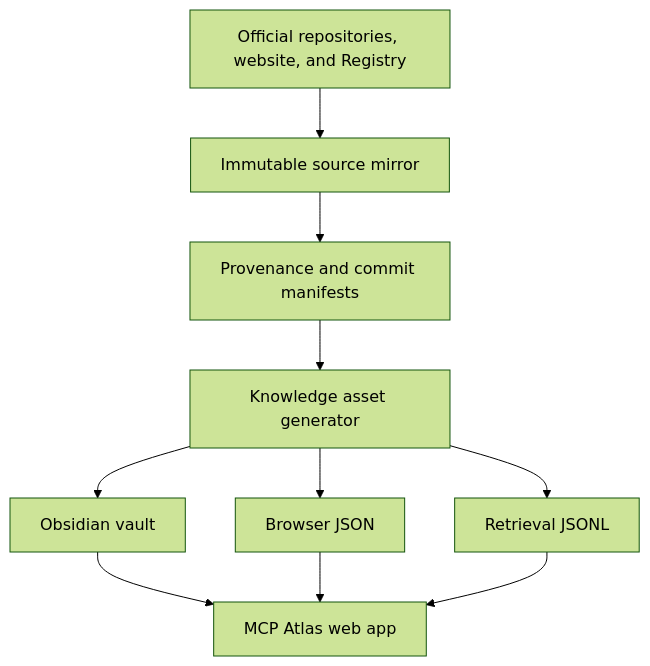
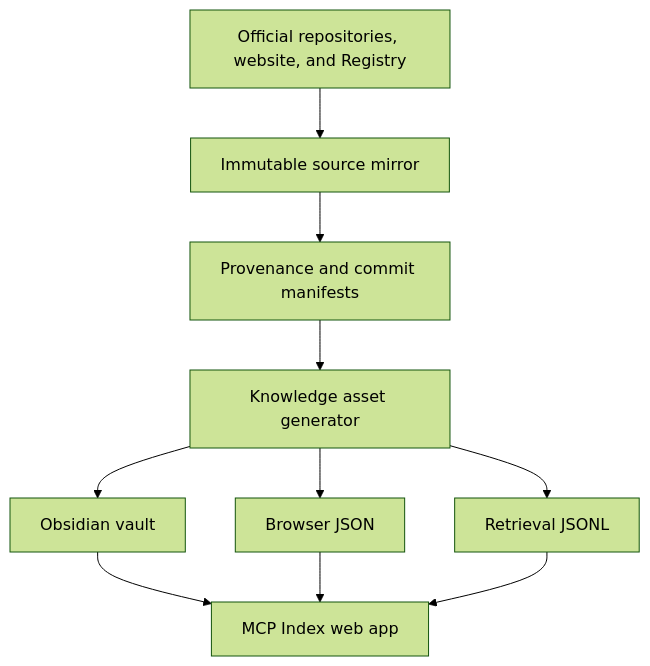
The first of 3 diagrams in docs/ARCHITECTURE.md (SawabS/mcp-atlas), drawn with Mermaid (forest theme) before and after one commit. The commit also changed other lines of this file and 33 other files, not shown here.

Commit message:
fixing the chat flow display

````diff
--- a/docs/ARCHITECTURE.md
+++ b/docs/ARCHITECTURE.md
@@ -7,21 +7,21 @@
 ```mermaid
 flowchart TD
     upstream[Official repositories, website, and Registry]
     mirror[Immutable source mirror]
     provenance[Provenance and commit manifests]
     generator[Knowledge asset generator]
     vault[Obsidian vault]
     browser[Browser JSON]
     retrieval[Retrieval JSONL]
-    app[MCP Atlas web app]
+    app[MCP Index web app]
 
     upstream --> mirror
     mirror --> provenance
     provenance --> generator
     generator --> vault
     generator --> browser
     generator --> retrieval
     vault --> app
     browser --> app
     retrieval --> app
 ```
````
